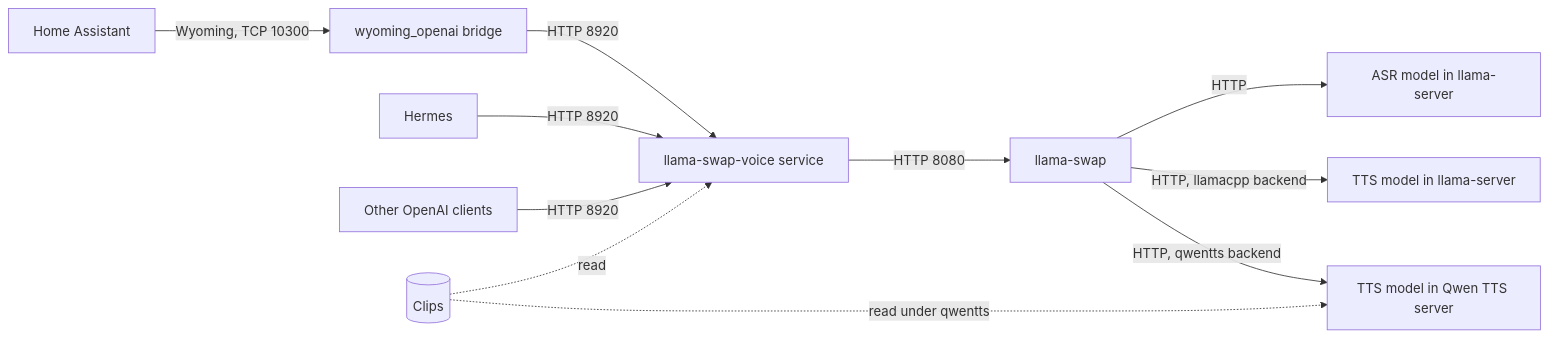
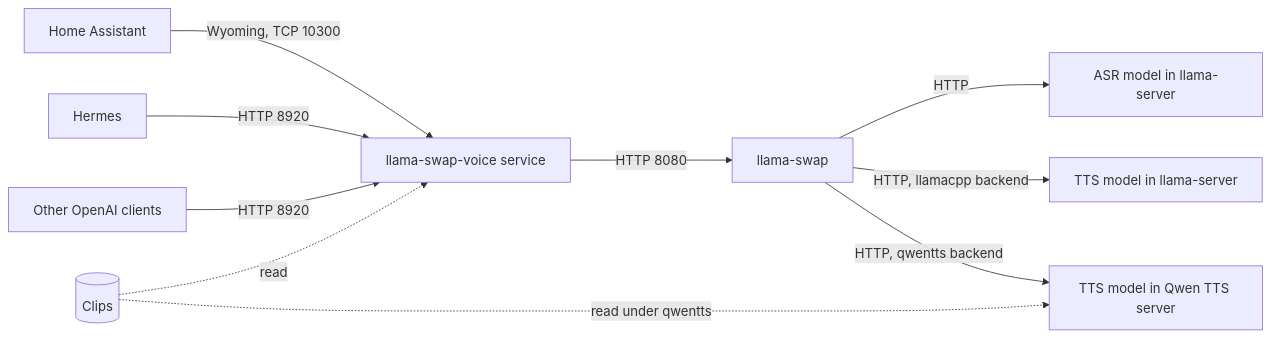
The diagram in README.md (mniehe/llama-swap-voice), drawn with Mermaid before and after one commit. The commit also changed other lines of this file and 90 other files, not shown here.

Commit message:
feat(wyoming): add a wyoming protocol listener beside the openai endpoints

````diff
--- a/README.md
+++ b/README.md
@@ -105,13 +107,12 @@
 ```mermaid
 flowchart LR
-  ha[Home Assistant] -->|Wyoming, TCP 10300| bridge[wyoming_openai bridge]
-  bridge -->|HTTP 8920| svc
+  ha[Home Assistant] -->|Wyoming, TCP 10300| svc
   hermes[Hermes] -->|HTTP 8920| svc
   other[Other OpenAI clients] -->|HTTP 8920| svc
   svc[llama-swap-voice service] -->|HTTP 8080| swap[llama-swap]
   swap -->|HTTP| asr[ASR model in llama-server]
   swap -->|HTTP, llamacpp backend| ttsl[TTS model in llama-server]
   swap -->|HTTP, qwentts backend| ttsq[TTS model in Qwen TTS server]
   clips[(Clips)] -.->|read| svc
   clips -.->|read under qwentts| ttsq
 ```
````
